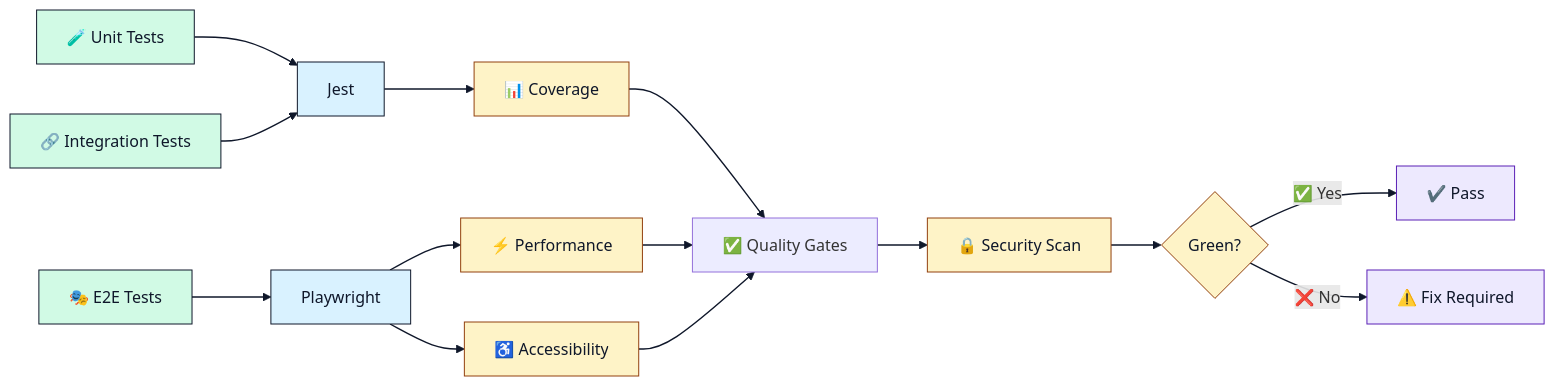
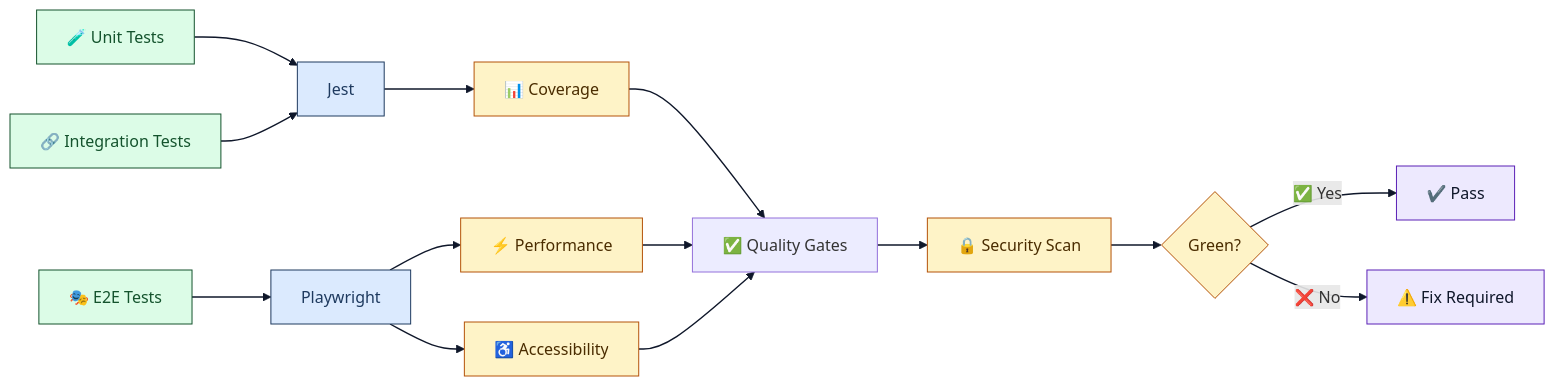
Before and after one commit to lightspeedwp/.github: the fourth of 4 diagrams in README.md, drawn with Mermaid. The commit also changed other lines of this file and 181 other files, not shown here.

Commit message:
docs: maintenance updates (Mermaid + staleness)

````diff
--- a/README.md
+++ b/README.md
@@ -349,38 +352,39 @@
 ```mermaid
 flowchart LR
   accTitle: "Testing architecture and quality pipeline"
   accDescr {
     Left-to-right flowchart showing how test types (unit, integration, E2E)
     map to tools (Jest, Playwright), which feed into quality gates
     (coverage, performance, accessibility, security).
   }
 
   A["🧪 Unit Tests"] --> B["Jest"]
   C["🔗 Integration Tests"] --> B
   D["🎭 E2E Tests"] --> E["Playwright"]
   
   B --> F["📊 Coverage"]
   E --> G["⚡ Performance"]
   E --> H["♿ Accessibility"]
   
   F --> I["✅ Quality Gates"]
   G --> I
   H --> I
   
   I --> J["🔒 Security Scan"]
   J --> K{Green?}
   K -->|✅ Yes| L["✔️ Pass"]
   K -->|❌ No| M["⚠️ Fix Required"]
 
-  classDef test fill:#d1fae5,stroke:#0f172a,color:#0f172a
-  classDef tool fill:#d9f2ff,stroke:#0f172a,color:#0f172a
-  classDef gate fill:#fef3c7,stroke:#92400e,color:#0f172a
+  classDef test fill:#dcfce7,stroke:#14532d,color:#14532d
+  classDef tool fill:#dbeafe,stroke:#1e3a5f,color:#1e3a5f
+  classDef gate fill:#fef3c7,stroke:#b45309,color:#4a2c00
   classDef result fill:#ede9fe,stroke:#5b21b6,color:#0f172a
 
   class A,C,D test
   class B,E tool
   class F,G,H,J,K gate
   class L,M result
 
   linkStyle default stroke:#0f172a,stroke-width:1.4px
+accDescr: Detailed diagram
 ```
````
